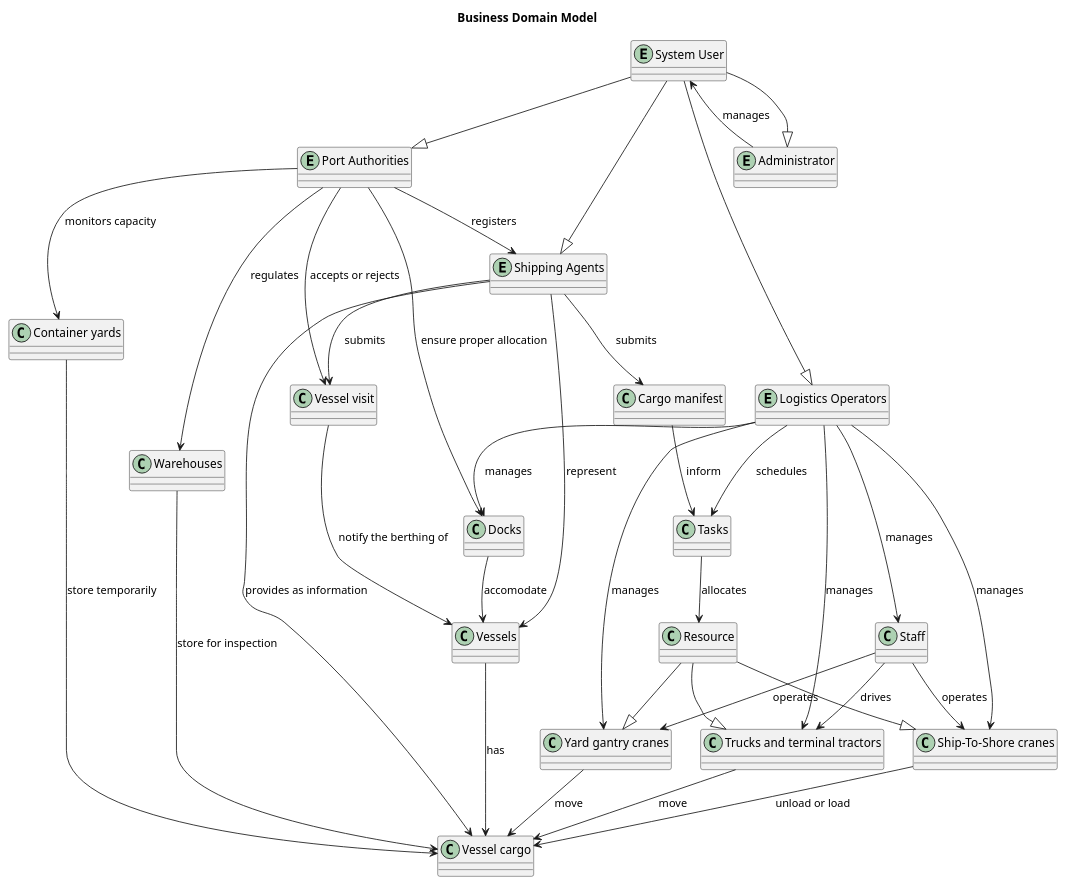
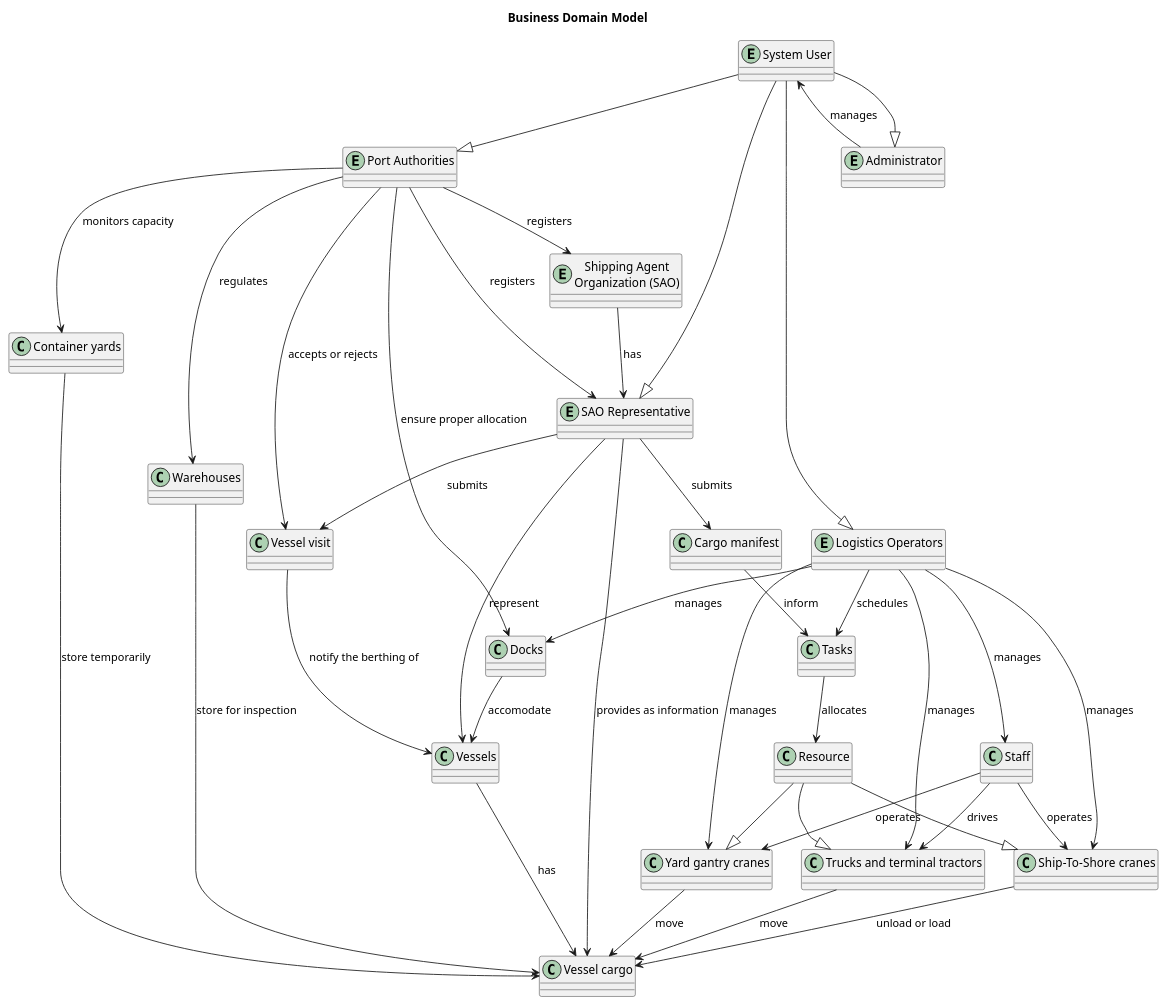
One commit to BernasDzn/portit changed the diagram in docs/sprint_1/global_artifacts/domain/business_model.puml. Above: the diagram before and after it, drawn with PlantUML.

Commit message:
docs(business model): add Shipping agent organization representative concept and changed/added respective relations
Refs: #24

```diff
--- a/docs/sprint_1/global_artifacts/domain/business_model.puml
+++ b/docs/sprint_1/global_artifacts/domain/business_model.puml
@@ -1,75 +1,79 @@
 @startuml
 title Business Domain Model
 
 entity "System User" as user
 
 entity "Port Authorities" as PA
-entity "Shipping Agents" as SA
+entity "Shipping Agent\nOrganization (SAO)" as SAO
+entity "SAO Representative" as SAOR
 entity "Logistics Operators" as LO
 entity "Administrator" as AD
 
 class "Staff" as staff
 
 class "Resource" as res
 
 class "Docks" as docks
 class "Ship-To-Shore cranes" as cranes
 class "Yard gantry cranes" as yg_cranes
 class "Trucks and terminal tractors" as trucks
 class "Container yards" as yards
 class "Warehouses" as warehouse
 
 class "Vessels" as vessels
 class "Vessel visit" as vessel_visit
 class "Vessel cargo" as vessel_cargo
 class "Cargo manifest" as cm
 
 class "Tasks" as tasks
 
 user --|> PA
-user --|> SA
+user --|> SAOR
 user --|> LO
 user --|> AD
 
 AD --> user : "manages"
 
-PA --> SA : "registers"
+PA --> SAO : "registers"
+PA --> SAOR : "registers"
 PA --> vessel_visit : "accepts or rejects"
 PA --> warehouse : "regulates"
 PA --> docks : "ensure proper allocation"
 PA --> yards : "monitors capacity"
 
-SA --> vessels : "represent"
-SA --> vessel_visit : "submits"
-SA --> cm : "submits"
-SA --> vessel_cargo : "provides as information"
+SAO --> SAOR : "has"
+
+SAOR --> vessels : "represent"
+SAOR --> vessel_visit : "submits"
+SAOR --> cm : "submits"
+SAOR --> vessel_cargo : "provides as information"
 
 
 vessels --> vessel_cargo : "has"
 vessel_visit --> vessels : "notify the berthing of"
 cranes --> vessel_cargo : "unload or load"
 docks --> vessels : "accomodate"
 trucks --> vessel_cargo : "move"
 yg_cranes --> vessel_cargo : "move"
 warehouse --> vessel_cargo : "store for inspection"
 yards --> vessel_cargo : "store temporarily"
 
 res --|> cranes
 res --|> yg_cranes
 res --|> trucks
 
 staff --> cranes : "operates"
 staff --> yg_cranes : "operates"
 staff --> trucks : "drives"
 
 LO --> tasks : "schedules"
 LO ---> staff : "manages"
 LO --> docks : "manages"
 LO --> cranes : "manages"
 LO --> yg_cranes : "manages"
 LO --> trucks : "manages"
 
 cm --> tasks : "inform"
 tasks --> res : "allocates"
 
 @enduml
```
